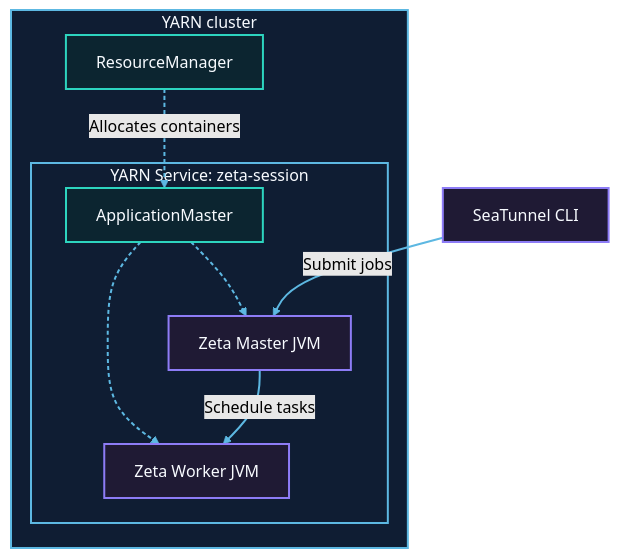
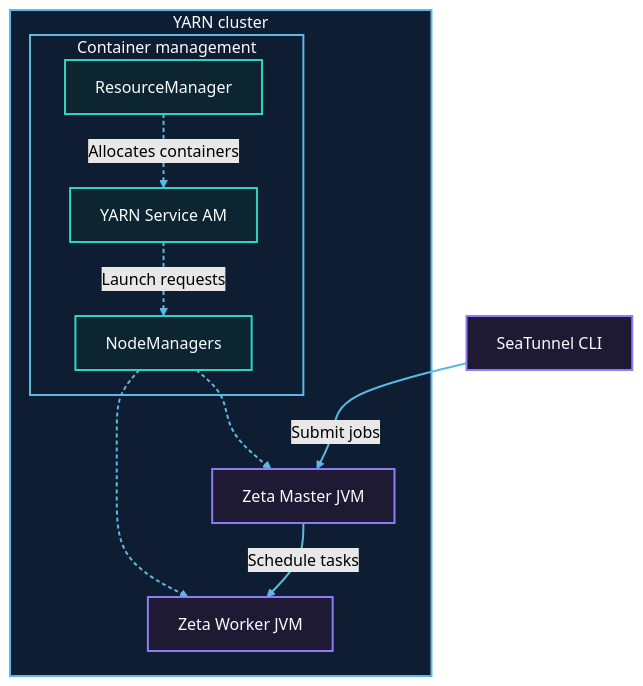
Before and after one commit to apache/seatunnel: the diagram in docs/en/getting-started/yarn/yarn.mdx, drawn with Mermaid (forest theme). The commit also changed other lines of this file and 12 other files, not shown here.

Commit message:
[Docs][Zeta] Complete YARN deployment modes and runtime configuration

````diff
--- a/docs/en/getting-started/yarn/yarn.mdx
+++ b/docs/en/getting-started/yarn/yarn.mdx
@@ -71,30 +38,32 @@
 ```mermaid
 flowchart TB
   client["SeaTunnel CLI"]
 
   subgraph yarn["YARN cluster"]
-    rm["ResourceManager"]
+    subgraph management["Container management"]
+      rm["ResourceManager"]
+      am["YARN Service AM"]
+      nm["NodeManagers"]
+    end
 
-    subgraph session["YARN Service: zeta-session"]
-      am["ApplicationMaster"]
-      master["Zeta Master JVM"]
-      worker["Zeta Worker JVM"]
-    end
+    master["Zeta Master JVM"]
+    worker["Zeta Worker JVM"]
   end
 
   rm -. "Allocates containers" .-> am
-  am -.-> master
-  am -.-> worker
+  am -. "Launch requests" .-> nm
+  nm -.-> master
+  nm -.-> worker
   client -->|Submit jobs| master
   master -->|Schedule tasks| worker
 
   classDef layerBlue fill:#0f1d33,stroke:#5db8e2,stroke-width:2px,color:#f8fbff;
   classDef layerCyan fill:#0c2530,stroke:#2dd4bf,stroke-width:2px,color:#f8fbff;
   classDef layerPurple fill:#1f1a34,stroke:#8d7cf6,stroke-width:2px,color:#f8fbff;
 
-  class yarn,session layerBlue;
-  class rm,am layerCyan;
+  class yarn,management layerBlue;
+  class rm,nm,am layerCyan;
   class client,master,worker layerPurple;
   linkStyle default stroke:#5db8e2,stroke-width:2px;
-  linkStyle 0,1,2 stroke:#5db8e2,stroke-width:2px,stroke-dasharray:4 3;
+  linkStyle 0,1,2,3 stroke:#5db8e2,stroke-width:2px,stroke-dasharray:4 3;
 ```
````
